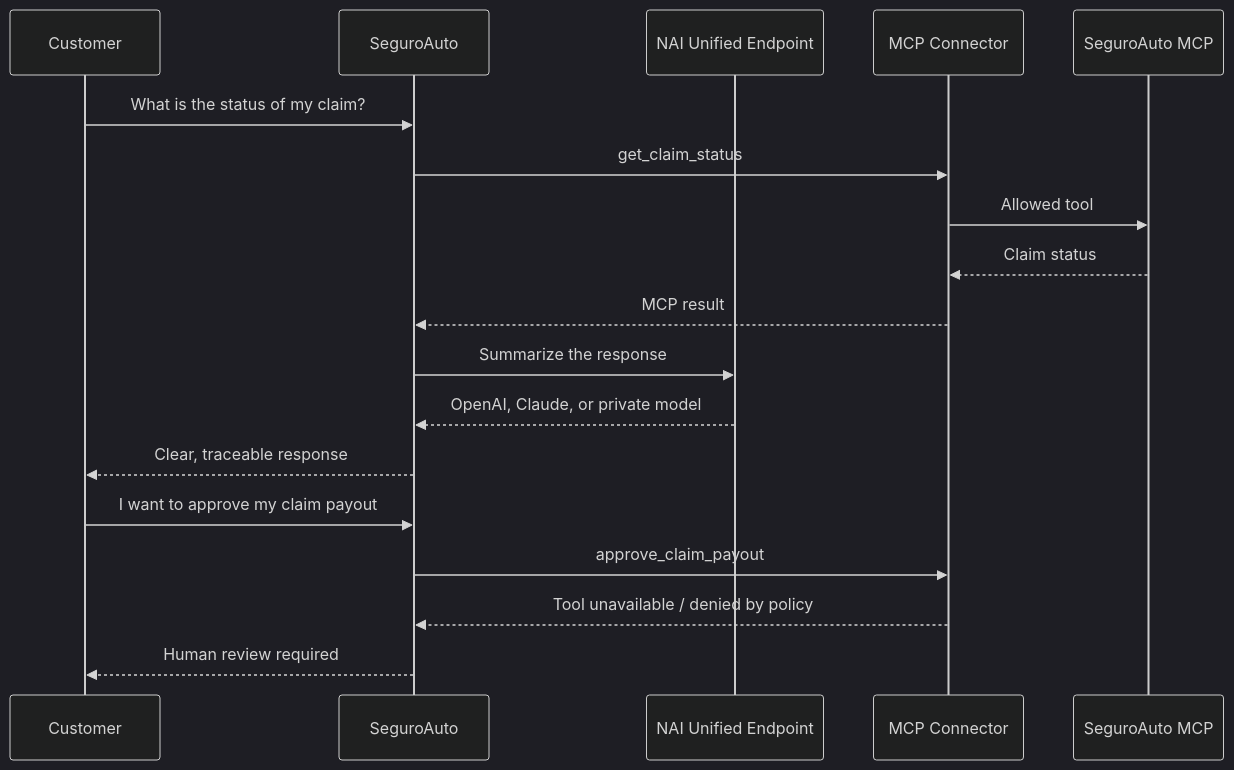
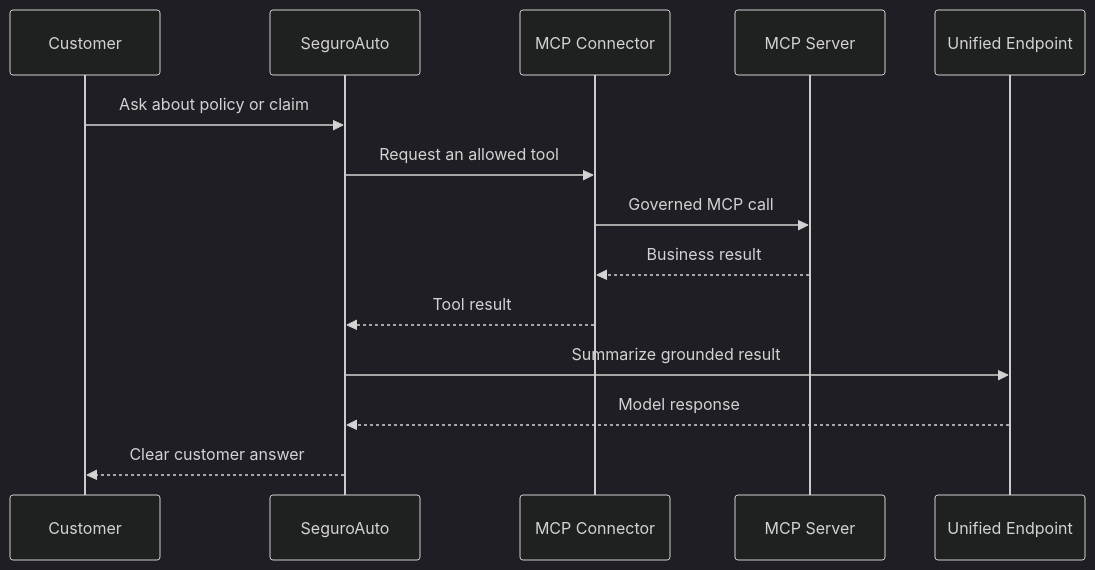
Before and after one commit to jovalen/nutanix-agent-gateway-se-demo: the second of 2 diagrams in README.md, drawn with Mermaid (dark theme). The commit also changed other lines of this file and 17 other files, not shown here.

````diff
--- a/README.md
+++ b/README.md
@@ -115,22 +48,17 @@
 ```mermaid
 sequenceDiagram
     participant C as Customer
     participant A as SeguroAuto
-    participant G as NAI Unified Endpoint
     participant M as MCP Connector
-    participant S as SeguroAuto MCP
+    participant S as MCP Server
+    participant G as Unified Endpoint
 
-    C->>A: What is the status of my claim?
-    A->>M: get_claim_status
-    M->>S: Allowed tool
-    S-->>M: Claim status
-    M-->>A: MCP result
-    A->>G: Summarize the response
-    G-->>A: OpenAI, Claude, or private model
-    A-->>C: Clear, traceable response
-
-    C->>A: I want to approve my claim payout
-    A->>M: approve_claim_payout
-    M-->>A: Tool unavailable / denied by policy
-    A-->>C: Human review required
+    C->>A: Ask about policy or claim
+    A->>M: Request an allowed tool
+    M->>S: Governed MCP call
+    S-->>M: Business result
+    M-->>A: Tool result
+    A->>G: Summarize grounded result
+    G-->>A: Model response
+    A-->>C: Clear customer answer
 ```
````
